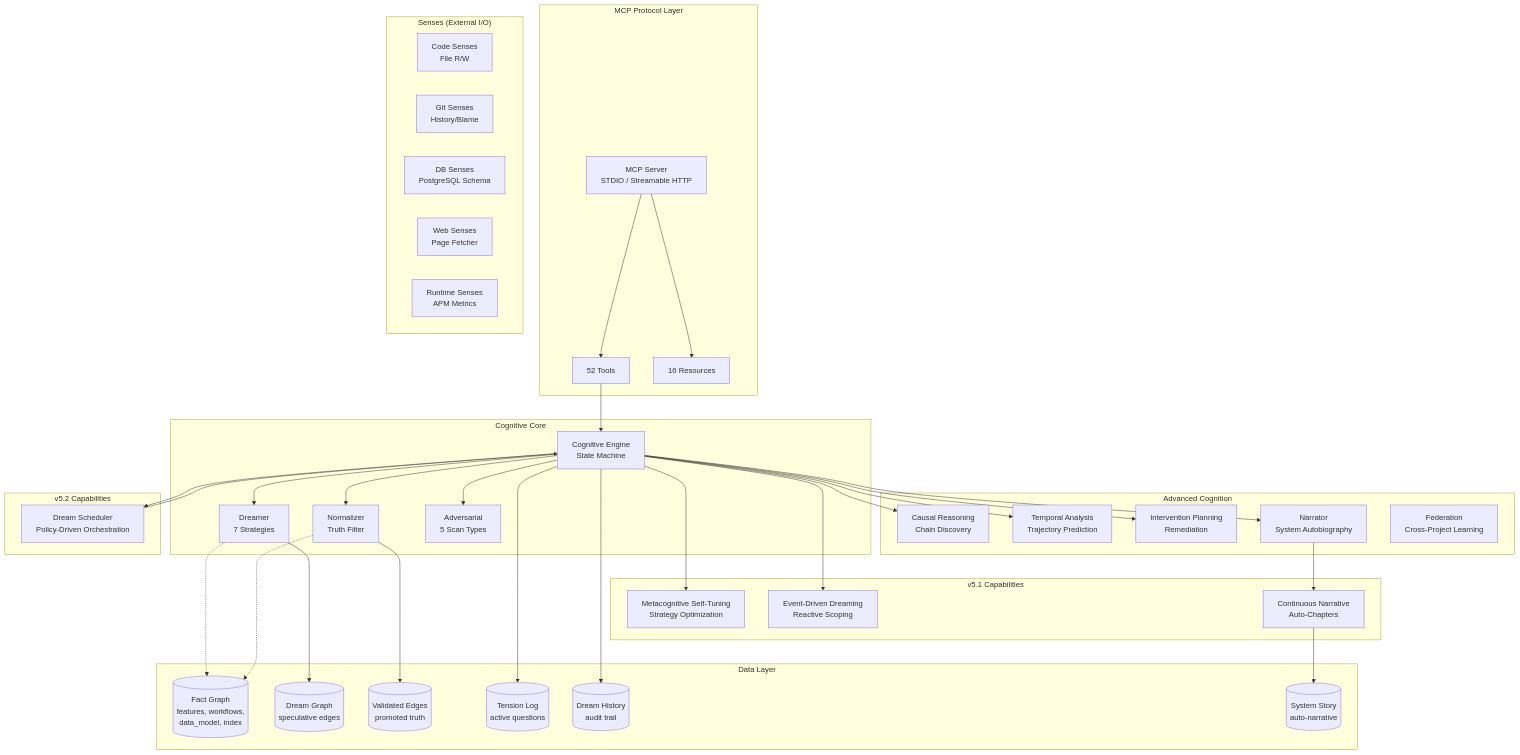
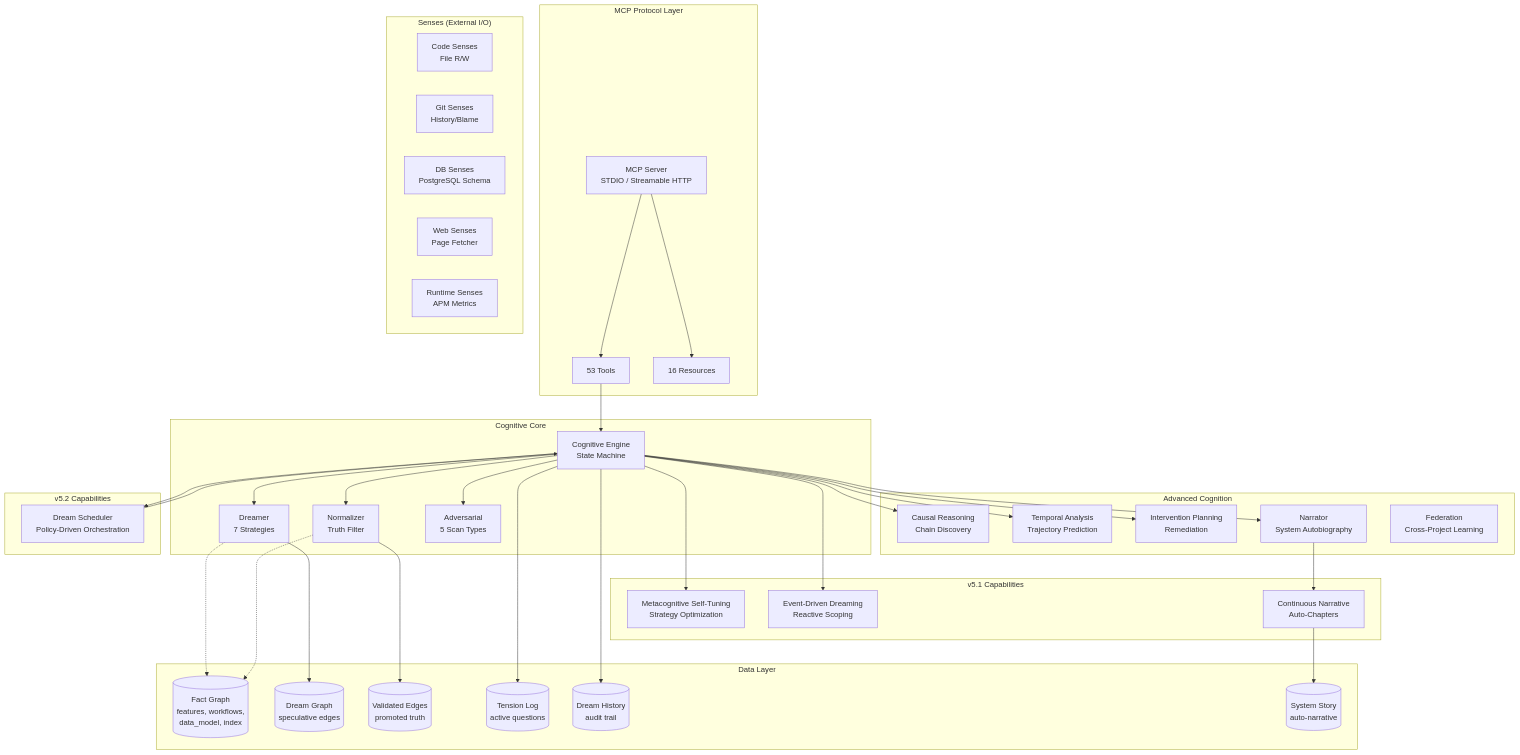
The first of 2 diagrams in docs/architecture.md (mmethodz/dreamgraph), drawn with Mermaid before and after one commit. The commit also changed other lines of this file and 5 other files, not shown here.

````diff
--- a/docs/architecture.md
+++ b/docs/architecture.md
@@ -59,73 +59,73 @@
 ```mermaid
 graph TB
     subgraph "MCP Protocol Layer"
         Server["MCP Server<br/>STDIO / Streamable HTTP"]
-        Tools["52 Tools"]
+        Tools["53 Tools"]
         Resources["16 Resources"]
     end
 
     subgraph "Cognitive Core"
         Engine["Cognitive Engine<br/>State Machine"]
         Dreamer["Dreamer<br/>7 Strategies"]
         Normalizer["Normalizer<br/>Truth Filter"]
         Adversarial["Adversarial<br/>5 Scan Types"]
     end
 
     subgraph "Advanced Cognition"
         Causal["Causal Reasoning<br/>Chain Discovery"]
         Temporal["Temporal Analysis<br/>Trajectory Prediction"]
         Intervention["Intervention Planning<br/>Remediation"]
         Narrator["Narrator<br/>System Autobiography"]
         Federation["Federation<br/>Cross-Project Learning"]
     end
 
     subgraph "v5.1 Capabilities"
         Metacognition["Metacognitive Self-Tuning<br/>Strategy Optimization"]
         EventRouter["Event-Driven Dreaming<br/>Reactive Scoping"]
         ContinuousNarrative["Continuous Narrative<br/>Auto-Chapters"]
     end
 
     subgraph "v5.2 Capabilities"
         Scheduler["Dream Scheduler<br/>Policy-Driven Orchestration"]
     end
 
     subgraph "Senses (External I/O)"
         Code["Code Senses<br/>File R/W"]
         Git["Git Senses<br/>History/Blame"]
         DB["DB Senses<br/>PostgreSQL Schema"]
         Web["Web Senses<br/>Page Fetcher"]
         Runtime["Runtime Senses<br/>APM Metrics"]
     end
 
     subgraph "Data Layer"
         FactGraph[("Fact Graph<br/>features, workflows,<br/>data_model, index")]
         DreamGraph[("Dream Graph<br/>speculative edges")]
         Validated[("Validated Edges<br/>promoted truth")]
         Tensions[("Tension Log<br/>active questions")]
         History[("Dream History<br/>audit trail")]
         Story[("System Story<br/>auto-narrative")]
     end
 
     Server --> Tools
     Server --> Resources
     Tools --> Engine
     Engine --> Dreamer
     Engine --> Normalizer
     Engine --> Adversarial
     Engine --> Causal
     Engine --> Temporal
     Engine --> Intervention
     Engine --> Narrator
     Engine --> Metacognition
     Engine --> EventRouter
     Engine --> Scheduler
     Narrator --> ContinuousNarrative
     Scheduler --> Engine
     Dreamer --> DreamGraph
     Normalizer --> Validated
     Engine --> Tensions
     Engine --> History
     ContinuousNarrative --> Story
     Dreamer -.-> FactGraph
     Normalizer -.-> FactGraph
 ```
````
